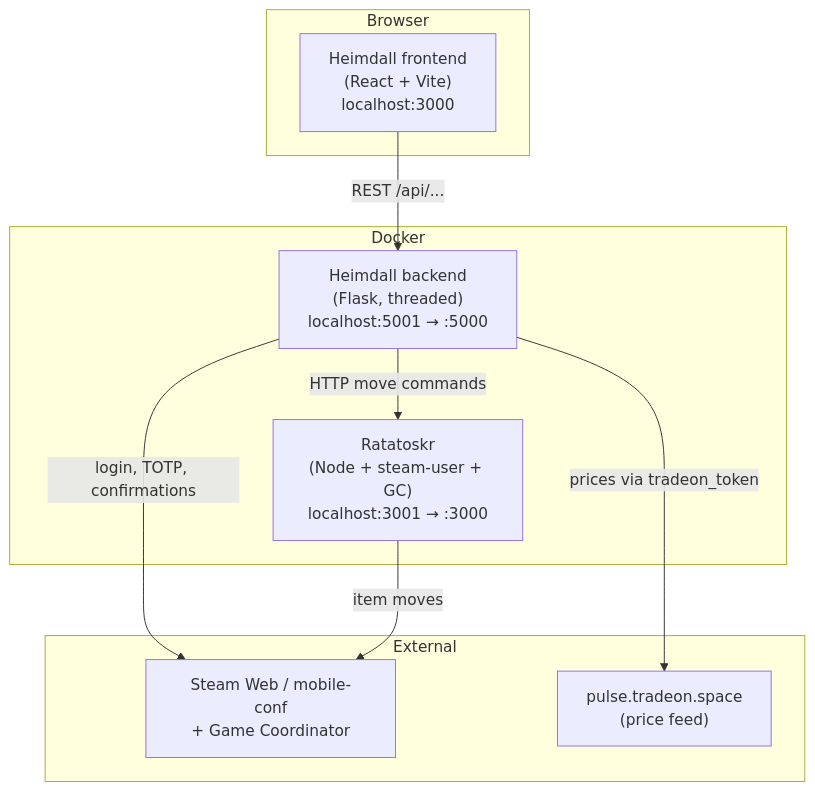
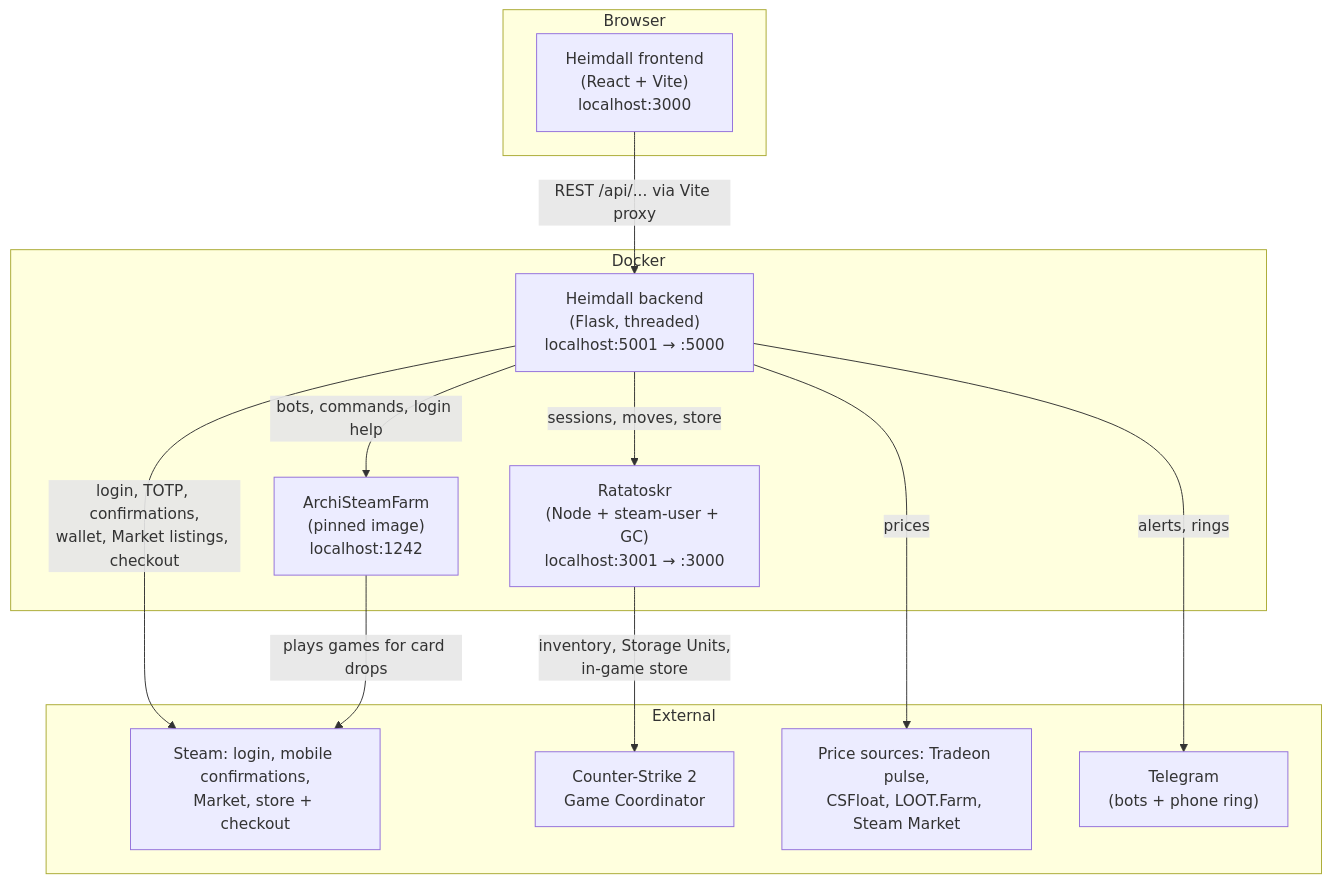
One commit to everthinq/steam-odin changed the first of 4 diagrams in ARCHITECTURE.md. Above: the diagram before and after it, drawn with Mermaid. The commit also changed other lines of this file and 25 other files, not shown here.

````diff
--- a/ARCHITECTURE.md
+++ b/ARCHITECTURE.md
@@ -21,22 +22,28 @@
 ```mermaid
 flowchart TB
     subgraph Browser
         UI["Heimdall frontend<br/>(React + Vite)<br/>localhost:3000"]
     end
 
     subgraph Docker
         BE["Heimdall backend<br/>(Flask, threaded)<br/>localhost:5001 → :5000"]
         RAT["Ratatoskr<br/>(Node + steam-user + GC)<br/>localhost:3001 → :3000"]
+        ASF["ArchiSteamFarm<br/>(pinned image)<br/>localhost:1242"]
     end
 
     subgraph External
-        STEAM["Steam Web / mobile-conf<br/>+ Game Coordinator"]
-        TRADEON["pulse.tradeon.space<br/>(price feed)"]
+        STEAM["Steam: login, mobile confirmations,<br/>Market, store + checkout"]
+        GC["Counter-Strike 2<br/>Game Coordinator"]
+        PRICES["Price sources: Tradeon pulse,<br/>CSFloat, LOOT.Farm, Steam Market"]
+        TG["Telegram<br/>(bots + phone ring)"]
     end
 
-    UI -->|REST /api/...| BE
-    BE -->|HTTP move commands| RAT
-    BE -->|login, TOTP, confirmations| STEAM
-    BE -->|prices via tradeon_token| TRADEON
-    RAT -->|item moves| STEAM
+    UI -->|REST /api/... via Vite proxy| BE
+    BE -->|sessions, moves, store| RAT
+    BE -->|bots, commands, login help| ASF
+    BE -->|login, TOTP, confirmations,<br/>wallet, Market listings, checkout| STEAM
+    BE -->|prices| PRICES
+    BE -->|alerts, rings| TG
+    RAT -->|inventory, Storage Units,<br/>in-game store| GC
+    ASF -->|plays games for card drops| STEAM
 ```
````
